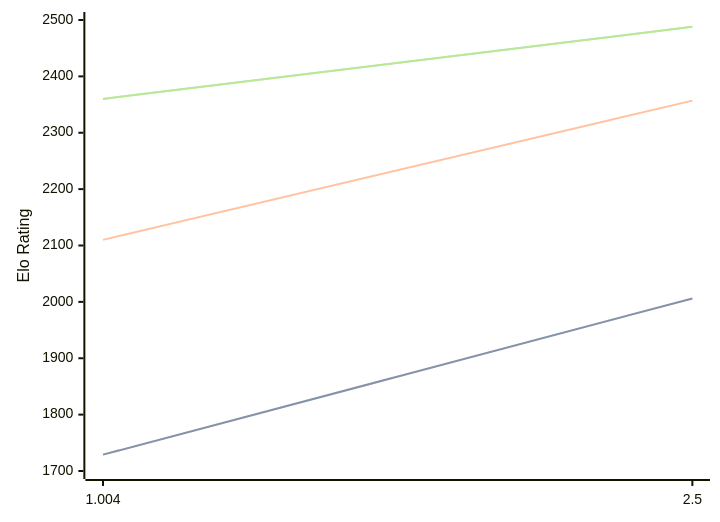
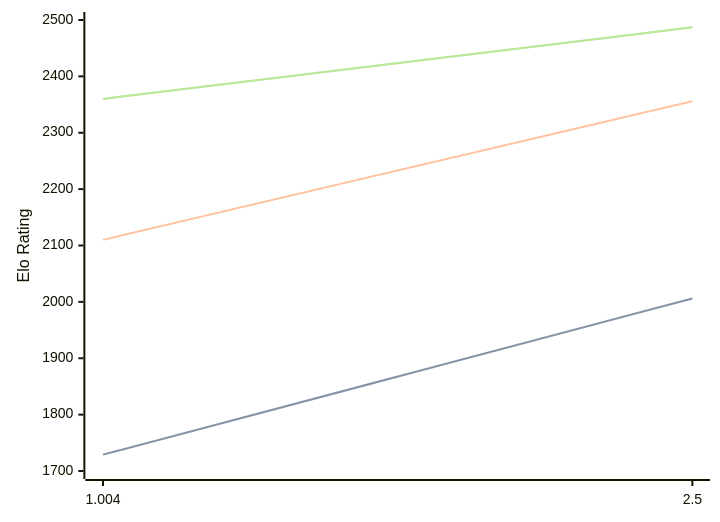
Before and after one commit to computer-chess-index/cci: the diagram in engines/Ares.md, drawn with Mermaid. The commit also changed other lines of this file, not shown here.

Commit message:
Update CCI Ratings (ELO VLTC) - 2026-04-20

````diff
--- a/engines/Ares.md
+++ b/engines/Ares.md
@@ -32,11 +32,11 @@
 ```mermaid
 %%{init: {"theme":"base","themeVariables":{"seriesColors:['#a3a3a3','#222221','#faa371']}}}%%
 xychart-beta
   x-axis ["1.004", "2.5"]
   y-axis "Elo Rating" 1700 --> 2500
   line "STC (8.0+0.08s)" [1729, 2006]
   line "STC (8.0+0.08s)" [1729, 2006]
-  line "LTC (60.0+0.60s)" [2110, 2357]
-  line "VLTC (2m24s+1.12s)" [2360, 2488]
-  line "VLTC (2m24s+1.12s)" [2360, 2488]
+  line "LTC (60.0+0.60s)" [2110, 2356]
+  line "VLTC (2m24s+1.12s)" [2360, 2487]
+  line "VLTC (2m24s+1.12s)" [2360, 2487]
 ```
````
